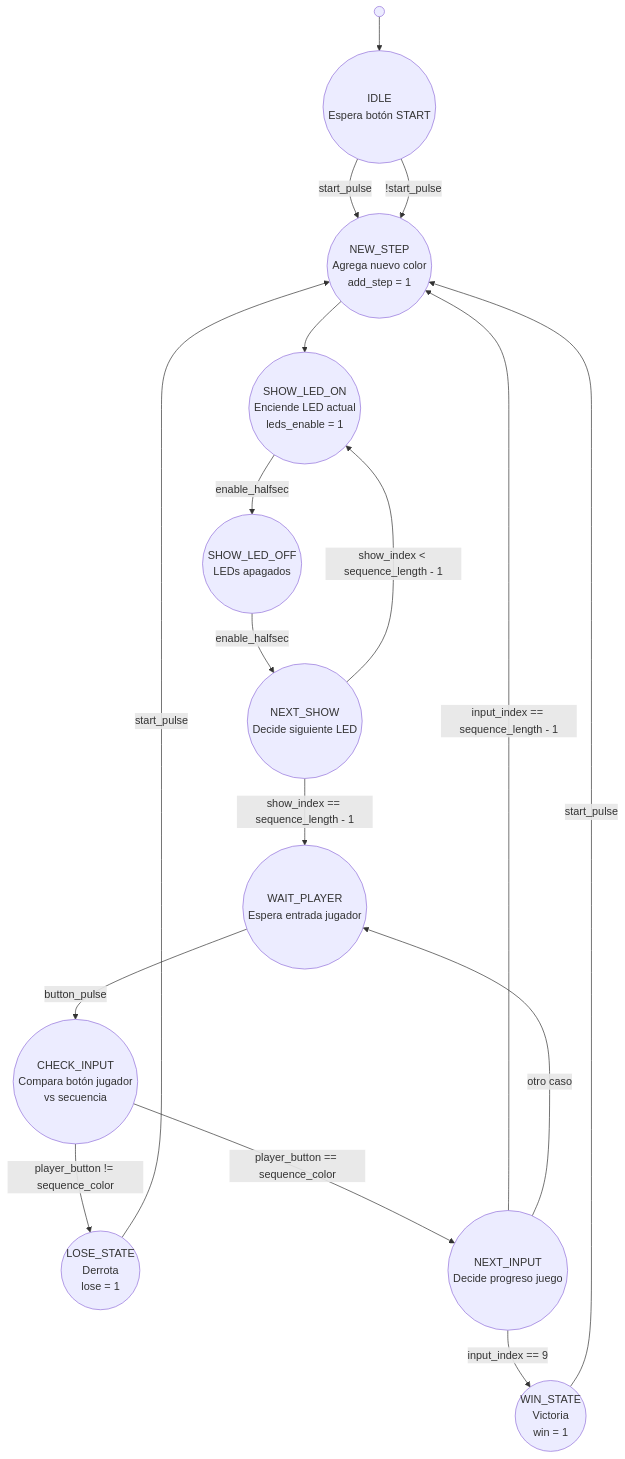
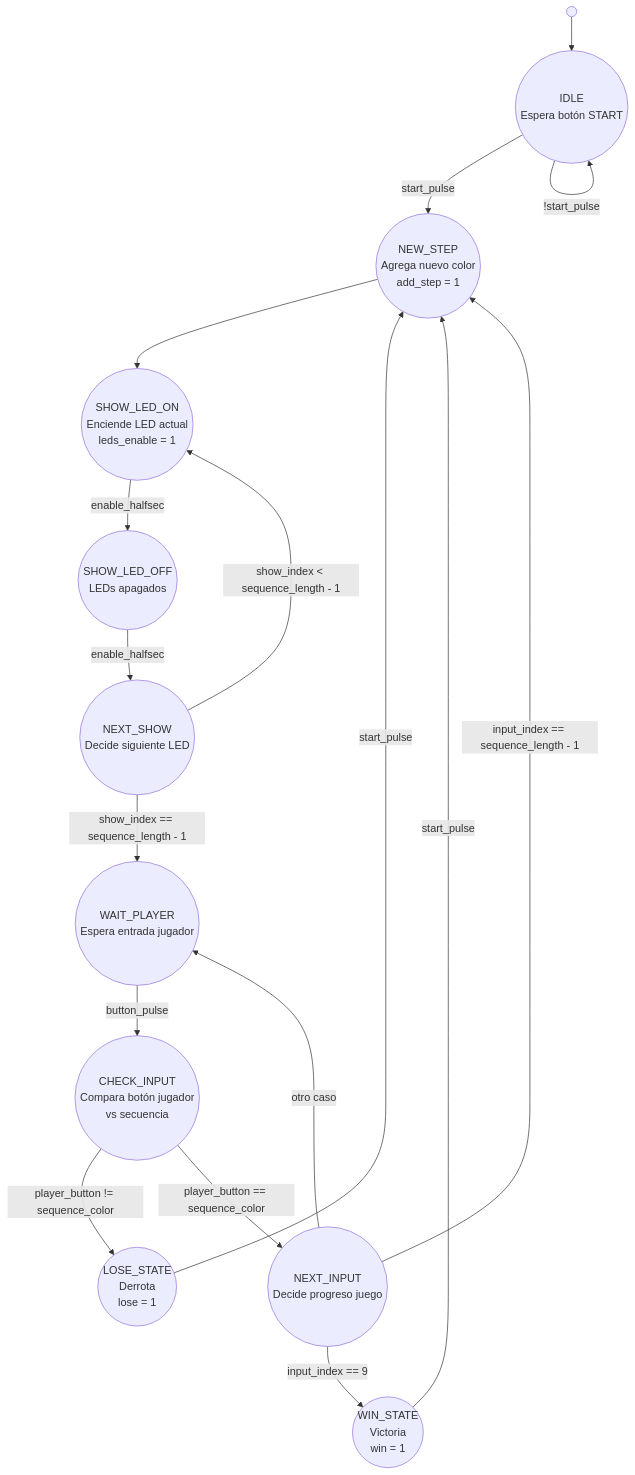
One commit to JohanTames/PruebasTarea1Micros changed the diagram in circulos.md. Above: the diagram before and after it, drawn with Mermaid.

````diff
--- a/circulos.md
+++ b/circulos.md
@@ -1,39 +1,39 @@
 ```mermaid
 flowchart TD
     inicio(( )) --> IDLE
 
     IDLE((IDLE <br> Espera botón START))
     IDLE -- start_pulse --> NEW_STEP
-    IDLE -- !start_pulse --> NEW_STEP
+    IDLE -- !start_pulse --> IDLE
 
     NEW_STEP((NEW_STEP <br> Agrega nuevo color <br> add_step = 1))
     NEW_STEP --> SHOW_LED_ON
 
     SHOW_LED_ON((SHOW_LED_ON <br> Enciende LED actual <br> leds_enable = 1))
     SHOW_LED_ON -- enable_halfsec --> SHOW_LED_OFF
 
     SHOW_LED_OFF((SHOW_LED_OFF <br> LEDs apagados))
     SHOW_LED_OFF -- enable_halfsec --> NEXT_SHOW
 
     NEXT_SHOW((NEXT_SHOW <br> Decide siguiente LED))
     NEXT_SHOW -- "show_index < sequence_length - 1" --> SHOW_LED_ON
     NEXT_SHOW -- "show_index == sequence_length - 1" --> WAIT_PLAYER
 
     WAIT_PLAYER((WAIT_PLAYER <br> Espera entrada jugador))
     WAIT_PLAYER -- button_pulse --> CHECK_INPUT
 
     CHECK_INPUT((CHECK_INPUT <br> Compara botón jugador<br>vs secuencia))
     CHECK_INPUT -- "player_button != sequence_color" --> LOSE_STATE
     CHECK_INPUT -- "player_button == sequence_color" --> NEXT_INPUT
 
     NEXT_INPUT((NEXT_INPUT <br> Decide progreso juego))
     NEXT_INPUT -- "input_index == 9" --> WIN_STATE
     NEXT_INPUT -- "input_index == sequence_length - 1" --> NEW_STEP
     NEXT_INPUT -- "otro caso" --> WAIT_PLAYER
 
     WIN_STATE((WIN_STATE <br> Victoria<br>win = 1))
     WIN_STATE -- start_pulse --> NEW_STEP
 
     LOSE_STATE((LOSE_STATE <br> Derrota<br>lose = 1))
     LOSE_STATE -- start_pulse --> NEW_STEP
 ```
````
